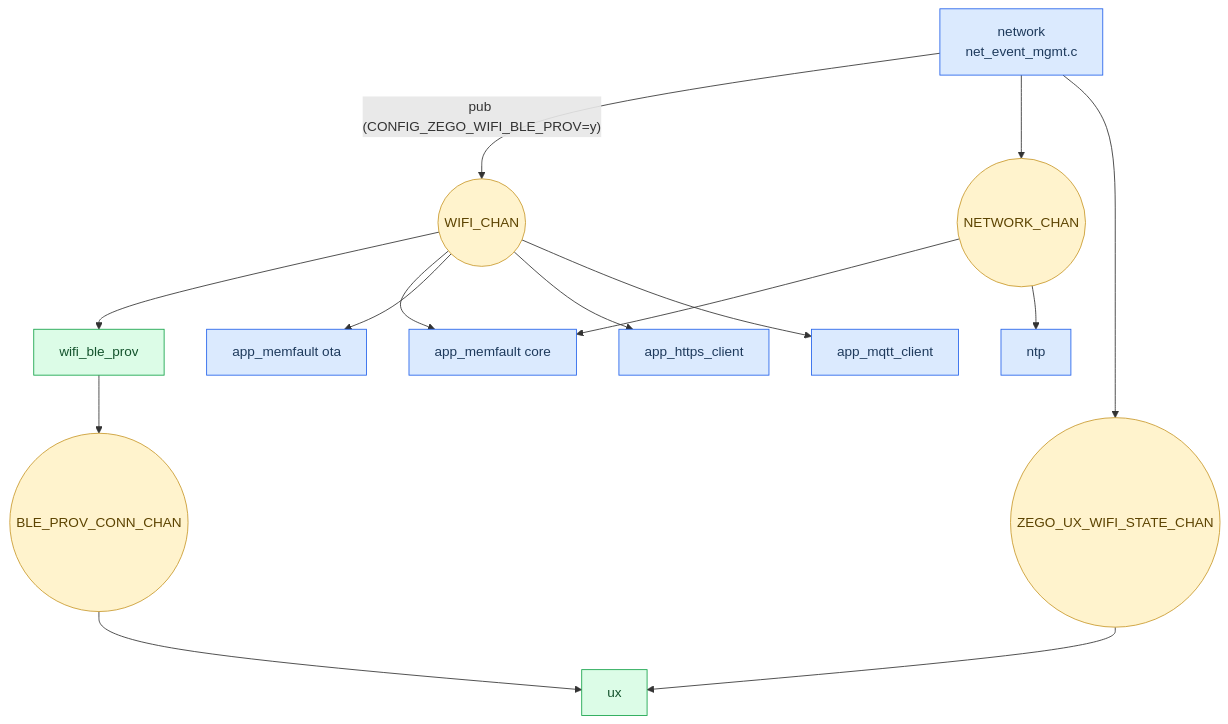
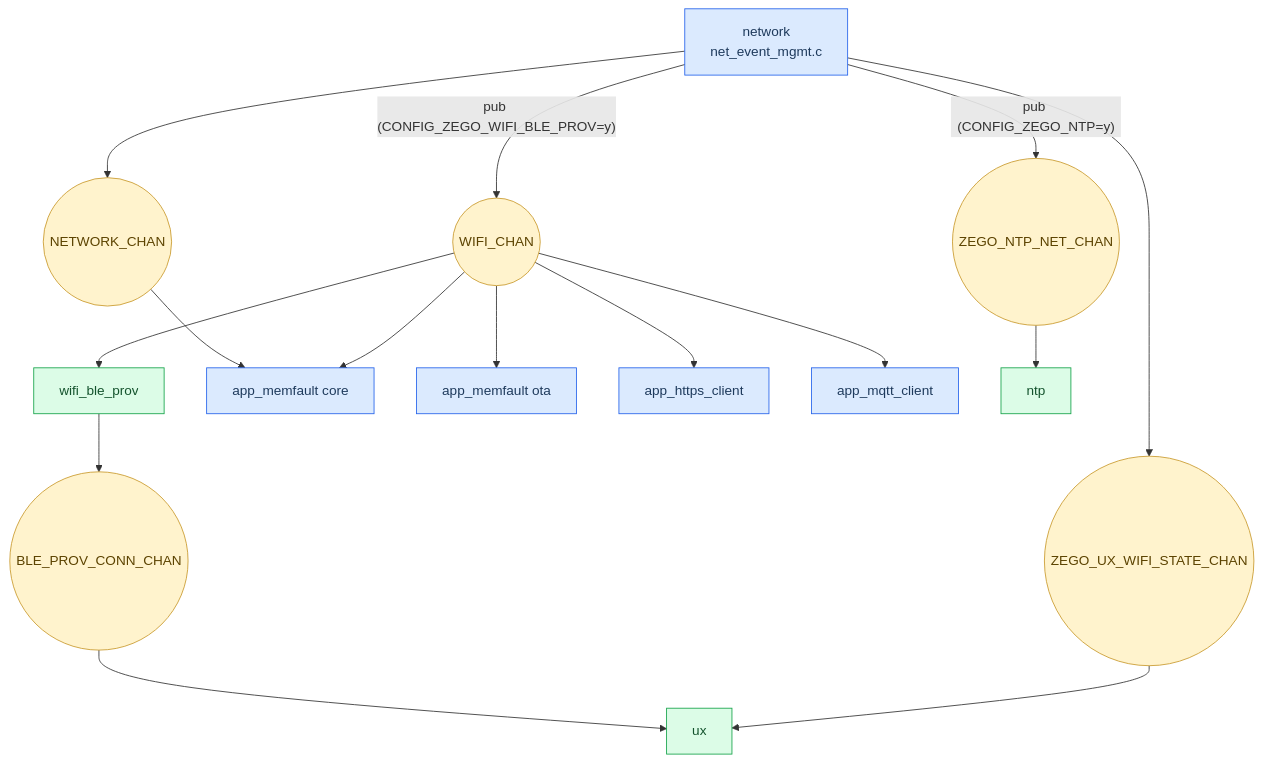
Before and after one commit to chshzh/nordic-wifi-memfault: the first of 2 diagrams in docs/dev-specs/1-architecture.md, drawn with Mermaid. The commit also changed other lines of this file and 4 other files, not shown here.

````diff
--- a/docs/dev-specs/1-architecture.md
+++ b/docs/dev-specs/1-architecture.md
@@ -135,32 +139,35 @@
 ```mermaid
 flowchart TD
     NET["network<br/>net_event_mgmt.c"]
     PROV["wifi_ble_prov"]
     MFC["app_memfault core"]
     MFOTA["app_memfault ota"]
     HTTPS["app_https_client"]
     MQTT["app_mqtt_client"]
     NTP["ntp"]
     UX["ux"]
 
     WIFI_CHAN((WIFI_CHAN))
     NETWORK_CHAN((NETWORK_CHAN))
     UXSTATE((ZEGO_UX_WIFI_STATE_CHAN))
+    NTPCHAN((ZEGO_NTP_NET_CHAN))
     BLECHAN((BLE_PROV_CONN_CHAN))
 
     NET -- "pub (CONFIG_ZEGO_WIFI_BLE_PROV=y)" --> WIFI_CHAN
     NET --> NETWORK_CHAN & UXSTATE
+    NET -- "pub (CONFIG_ZEGO_NTP=y)" --> NTPCHAN
 
     WIFI_CHAN --> PROV & MFC & MFOTA & HTTPS & MQTT
-    NETWORK_CHAN --> MFC & NTP
+    NETWORK_CHAN --> MFC
+    NTPCHAN --> NTP
     UXSTATE --> UX
     PROV --> BLECHAN --> UX
 
     classDef chan fill:#fff3cd,stroke:#c99a2e,stroke-width:1px,color:#5c4300
     classDef appmod fill:#dbeafe,stroke:#2563eb,stroke-width:1px,color:#1e3a5c
     classDef zegomod fill:#dcfce7,stroke:#16a34a,stroke-width:1px,color:#14532d
 
-    class WIFI_CHAN,NETWORK_CHAN,UXSTATE,BLECHAN chan
-    class NET,MFC,MFOTA,HTTPS,MQTT,NTP appmod
-    class PROV,UX zegomod
+    class WIFI_CHAN,NETWORK_CHAN,UXSTATE,NTPCHAN,BLECHAN chan
+    class NET,MFC,MFOTA,HTTPS,MQTT appmod
+    class PROV,UX,NTP zegomod
 ```
````
